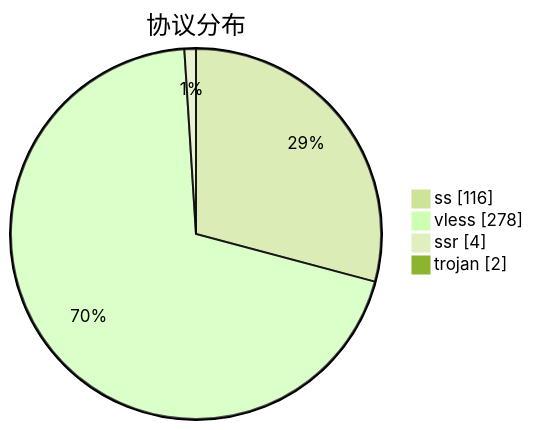
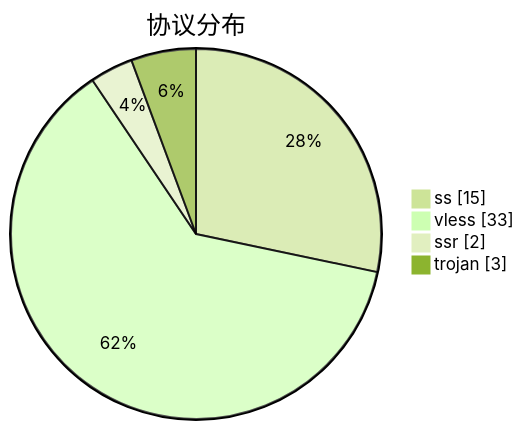
Before and after one commit to qjlxg/airport: the third of 3 diagrams in subs/statistics/tested_within.md, drawn with Mermaid (forest theme). The commit also changed other lines of this file and 2 other files, not shown here.

````diff
--- a/subs/statistics/tested_within.md
+++ b/subs/statistics/tested_within.md
@@ -33,8 +22,8 @@
 ```mermaid
 pie showData
 title 协议分布
-"ss" : 116
-"vless" : 278
-"ssr" : 4
-"trojan" : 2
+"ss" : 15
+"vless" : 33
+"ssr" : 2
+"trojan" : 3
 ```
````
